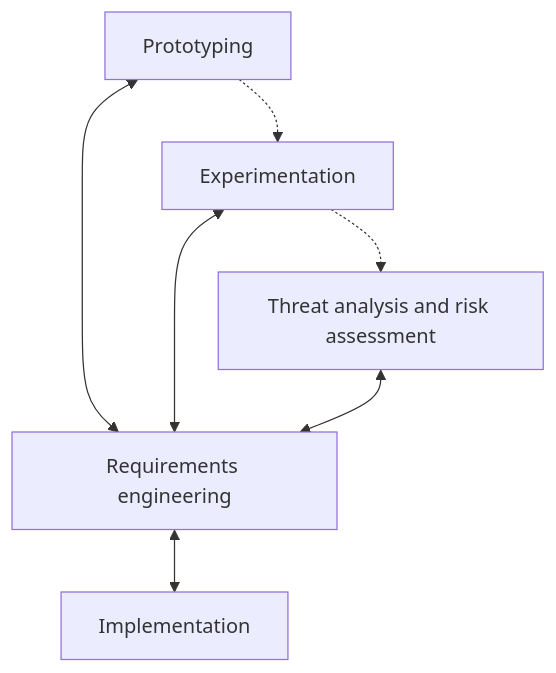
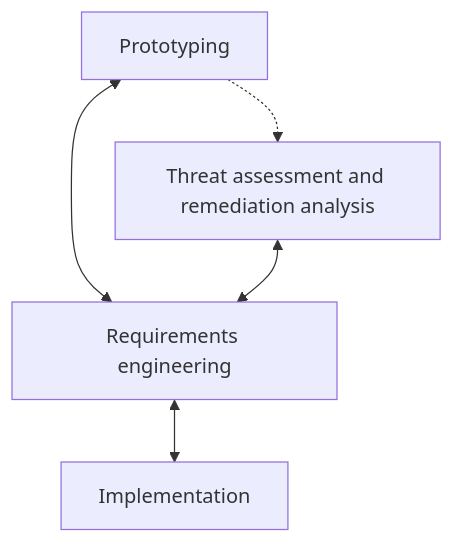
The diagram in docs/whitepaper/images/process.mmd (seffradev/ehd500), drawn with Mermaid before and after one commit. The commit also changed 3 other files, not shown here.

```diff
--- a/docs/whitepaper/images/process.mmd
+++ b/docs/whitepaper/images/process.mmd
@@ -1,13 +1,10 @@
 flowchart TD
   prototype[Prototyping]
-  experimentation[Experimentation]
   requirements[Requirements engineering]
-  tara[Threat analysis and risk assessment]
+  tara[Threat assessment and remediation analysis]
   implementation[Implementation]
   
   prototype <--> requirements
-  prototype .-> experimentation
-  experimentation <--> requirements
-  experimentation .-> tara
+  prototype .-> tara
   tara <--> requirements
   requirements <--> implementation
```
